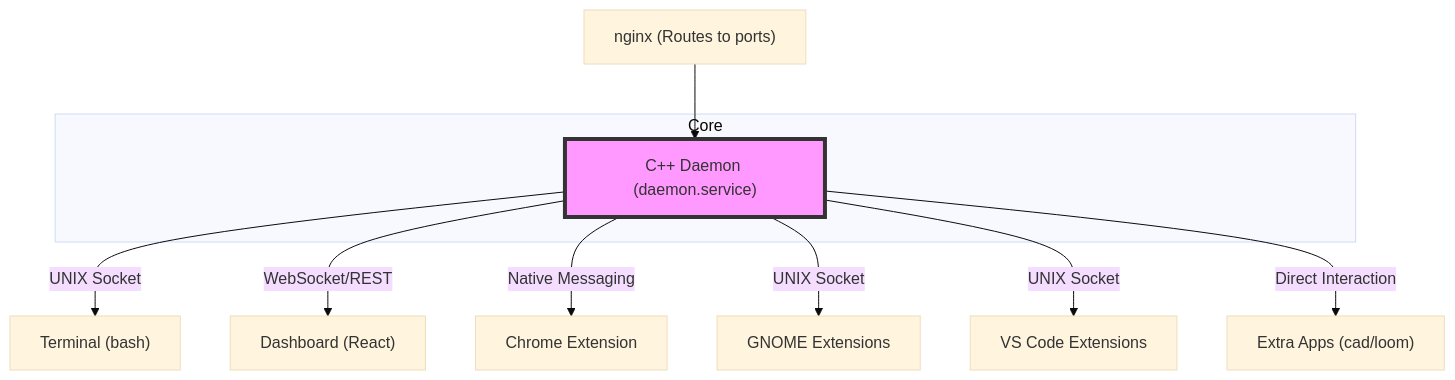
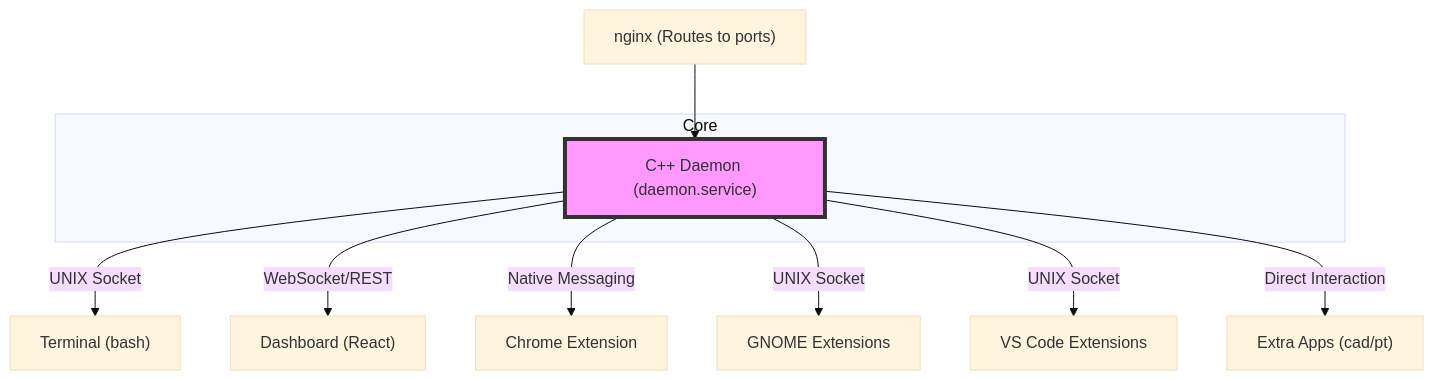
Before and after one commit to yanivprusman/automateLinux: the diagram in GEMINI.md, drawn with Mermaid (base theme). The commit also changed other lines of this file and 38 other files, not shown here.

````diff
--- a/GEMINI.md
+++ b/GEMINI.md
@@ -82,15 +73,15 @@
 ```mermaid
 graph TD
     NGINX["nginx (Routes to ports)"] --> Daemon
     subgraph Core
         Daemon["C++ Daemon (daemon.service)"]
     end
     Daemon -->|UNIX Socket| Term["Terminal (bash)"]
     Daemon -->|WebSocket/REST| Dash["Dashboard (React)"]
     Daemon -->|Native Messaging| Chrome["Chrome Extension"]
     Daemon -->|UNIX Socket| GNOME["GNOME Extensions"]
     Daemon -->|UNIX Socket| VSCode["VS Code Extensions"]
-    Daemon -->|Direct Interaction| Extra["Extra Apps (cad/loom)"]
+    Daemon -->|Direct Interaction| Extra["Extra Apps (cad/pt)"]
 
     style Daemon fill:#f9f,stroke:#333,stroke-width:4px
 ```
````
